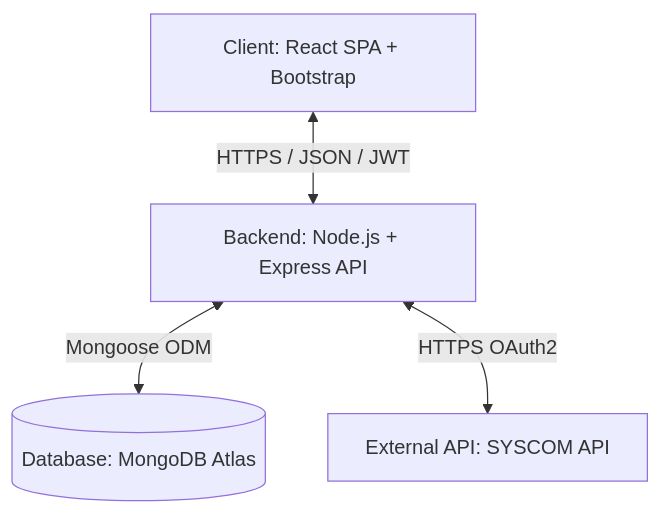
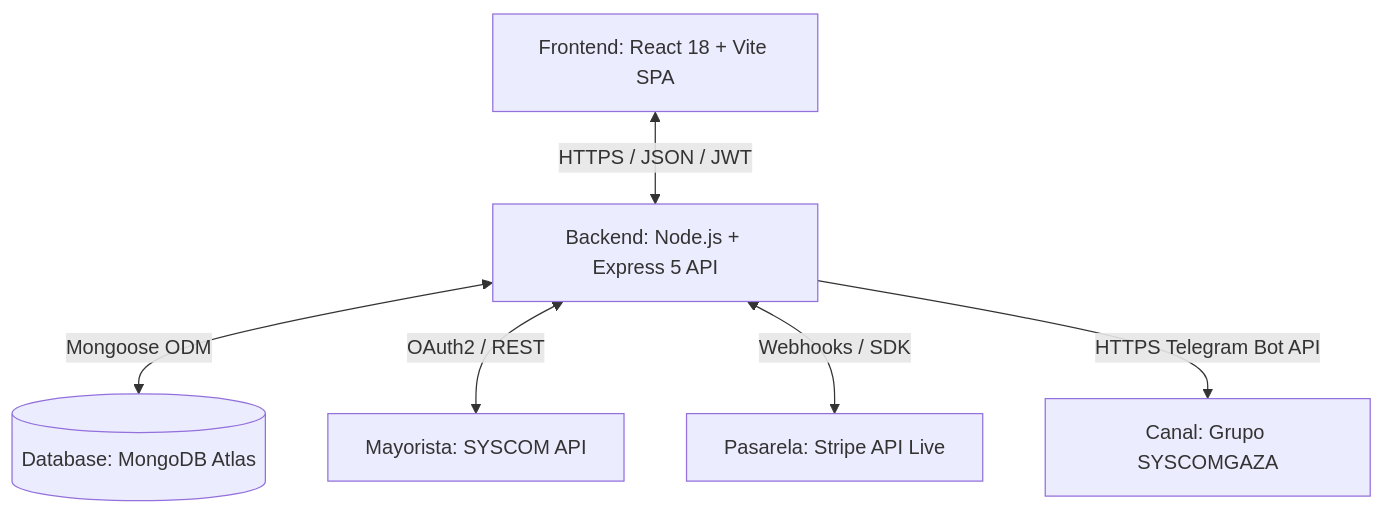
The diagram in docs/MANUAL_TECNICO.md (ReineKanon38/Gaza-Continue), drawn with Mermaid before and after one commit. The commit also changed other lines of this file and 3 other files, not shown here.

````diff
--- a/docs/MANUAL_TECNICO.md
+++ b/docs/MANUAL_TECNICO.md
@@ -11,6 +11,8 @@
 ```mermaid
 graph TD
-    Client[Client: React SPA + Bootstrap] <-->|HTTPS / JSON / JWT| API[Backend: Node.js + Express API]
+    Client[Frontend: React 18 + Vite SPA] <-->|HTTPS / JSON / JWT| API[Backend: Node.js + Express 5 API]
     API <-->|Mongoose ODM| DB[(Database: MongoDB Atlas)]
-    API <-->|HTTPS OAuth2| Syscom[External API: SYSCOM API]
+    API <-->|OAuth2 / REST| Syscom[Mayorista: SYSCOM API]
+    API <-->|Webhooks / SDK| Stripe[Pasarela: Stripe API Live]
+    API -->|HTTPS Telegram Bot API| Telegram[Canal: Grupo SYSCOMGAZA]
 ```
````
